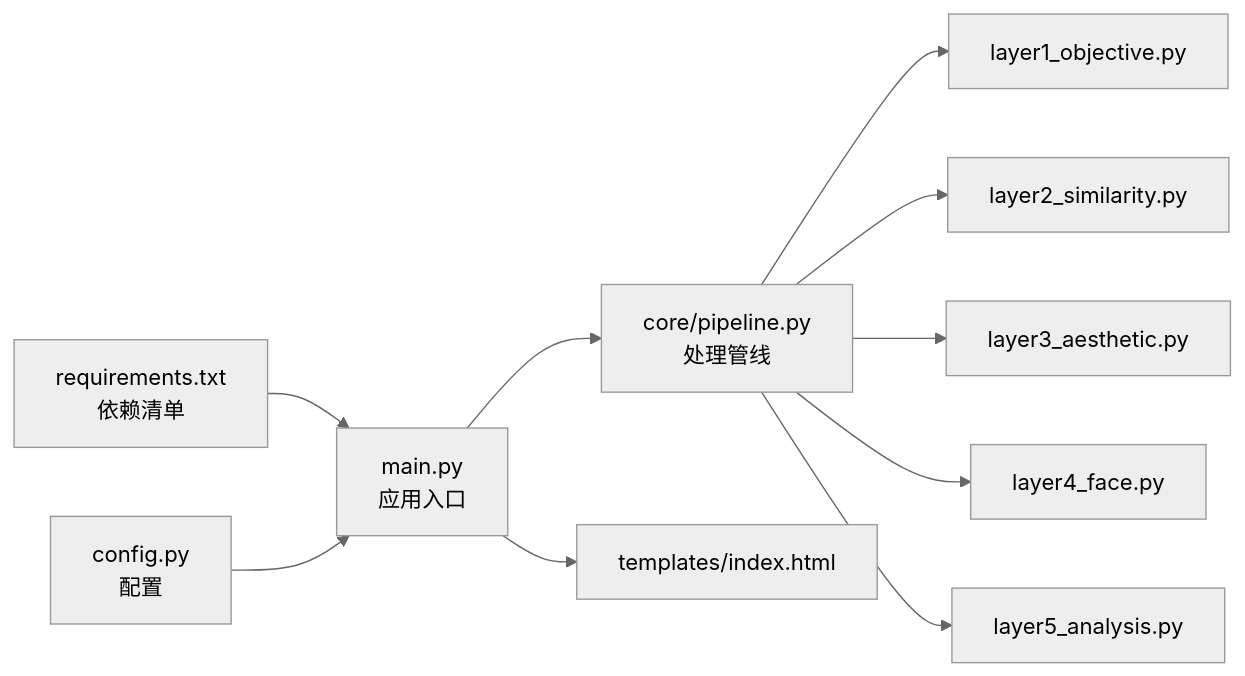
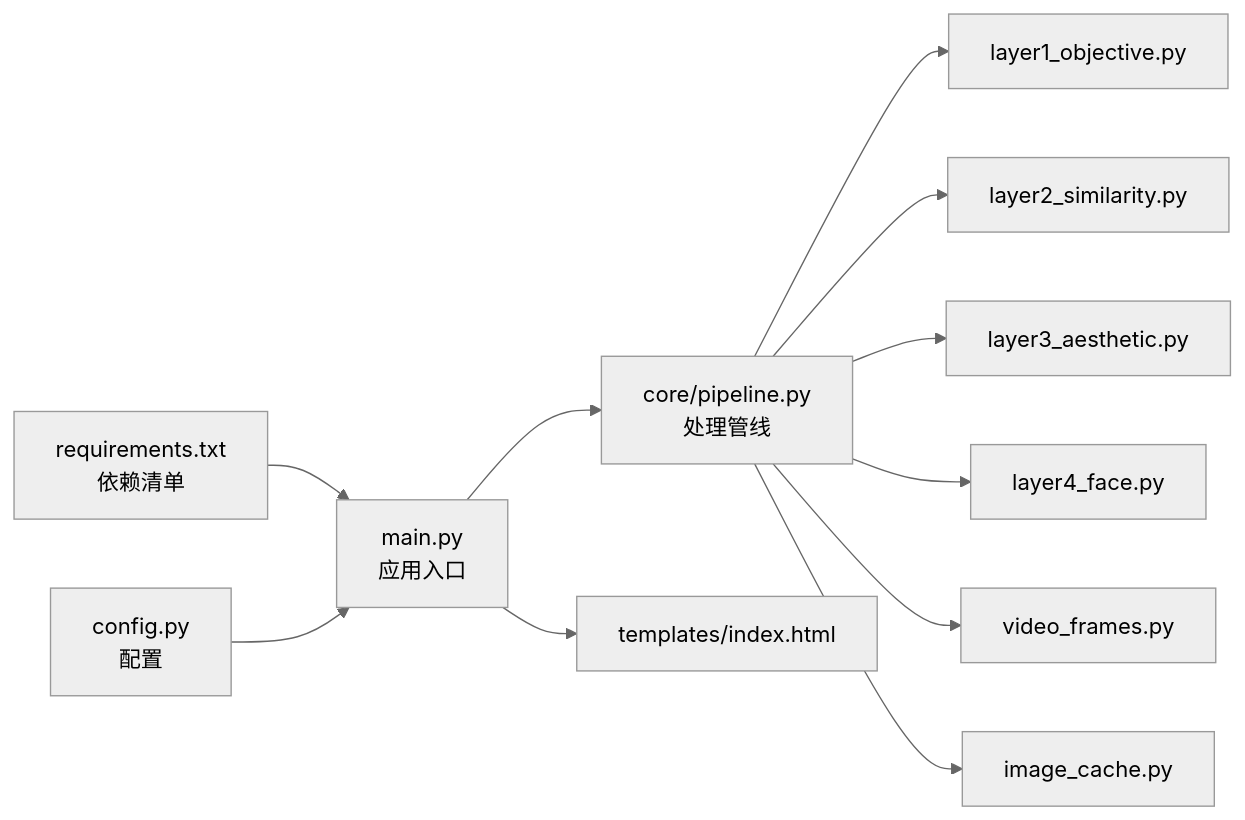
Before and after one commit to Frankynwa/photo-rank: the fourth of 4 diagrams in wiki/项目概览.md, drawn with Mermaid (neutral theme). The commit also changed other lines of this file and 7 other files, not shown here.

````diff
--- a/wiki/项目概览.md
+++ b/wiki/项目概览.md
@@ -248,12 +247,13 @@
 ```mermaid
 graph LR
 RQ["requirements.txt<br/>依赖清单"] --> APP["main.py<br/>应用入口"]
 CFG["config.py<br/>配置"] --> APP
 APP --> PIPE["core/pipeline.py<br/>处理管线"]
 PIPE --> L1["layer1_objective.py"]
 PIPE --> L2["layer2_similarity.py"]
 PIPE --> L3["layer3_aesthetic.py"]
 PIPE --> L4["layer4_face.py"]
-PIPE --> L5["layer5_analysis.py"]
+PIPE --> VF["video_frames.py"]
+PIPE --> IC["image_cache.py"]
 APP --> UI["templates/index.html"]
 ```
````
